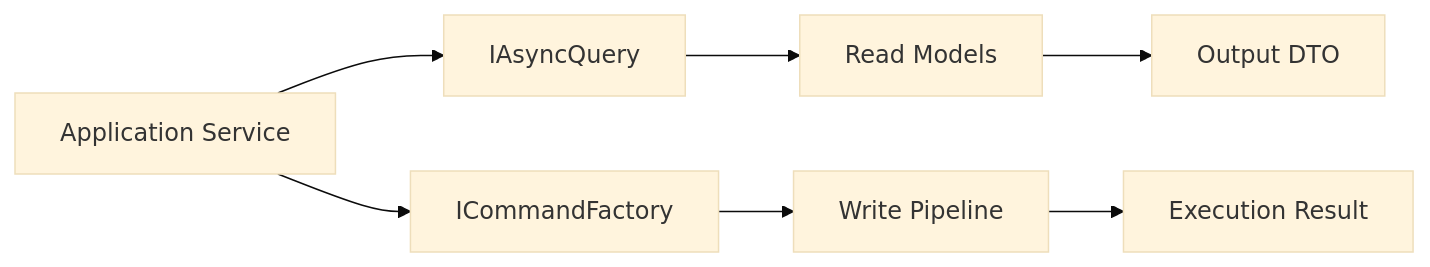
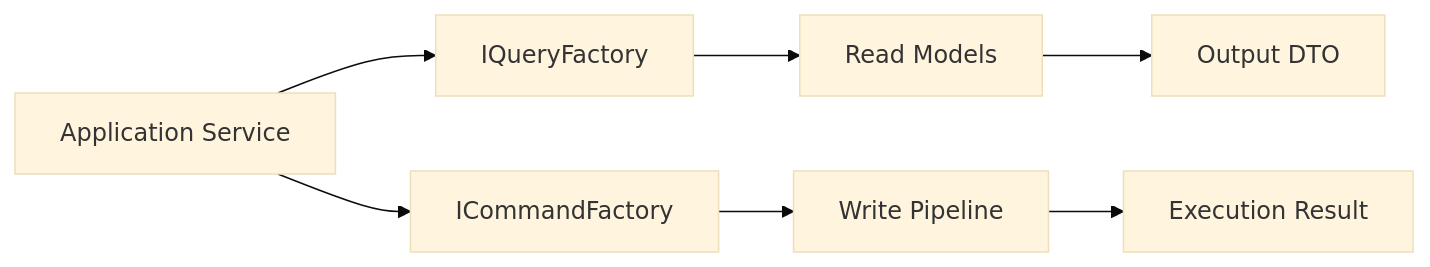
Before and after one commit to SolidArcSoftware/DataArc.EntityFrameworkCore: the sixth of 7 diagrams in README.md, drawn with Mermaid (base theme). The commit also changed other lines of this file and 11 other files, not shown here.

````diff
--- a/README.md
+++ b/README.md
@@ -550,11 +513,11 @@
 ```mermaid
 flowchart LR
-    A[Application Service] --> Q[IAsyncQuery]
+    A[Application Service] --> Q[IQueryFactory]
     A --> C[ICommandFactory]
 
     Q --> R[Read Models]
     C --> W[Write Pipeline]
 
     R --> O[Output DTO]
     W --> X[Execution Result]
 ```
````
